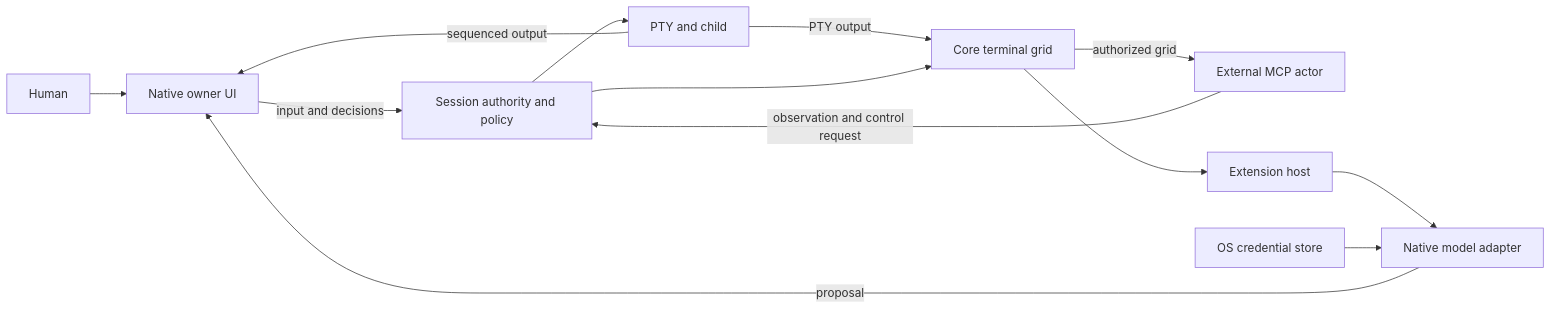
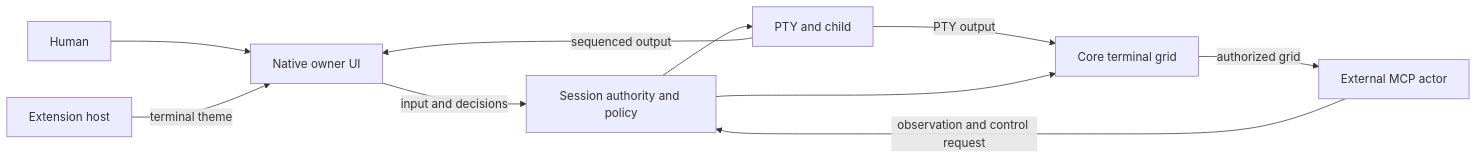
The diagram in docs/architecture.md (eggp-dev/conn), drawn with Mermaid before and after one commit. The commit also changed other lines of this file and 37 other files, not shown here.

First line of the commit message:
Remove the native OpenAI command suggestions and keep the extension registry

````diff
--- a/docs/architecture.md
+++ b/docs/architecture.md
@@ -5,15 +5,12 @@
 ```mermaid
 flowchart LR
   H[Human] --> U[Native owner UI]
   U -->|input and decisions| S[Session authority and policy]
   S --> P[PTY and child]
   P -->|sequenced output| U
   P -->|PTY output| F[Core terminal grid]
   A[External MCP actor] -->|observation and control request| S
   S --> F
   F -->|authorized grid| A
-  F --> E[Extension host]
-  E --> M[Native model adapter]
-  K[OS credential store] --> M
-  M -->|proposal| U
+  E[Extension host] -->|terminal theme| U
 ```
````
